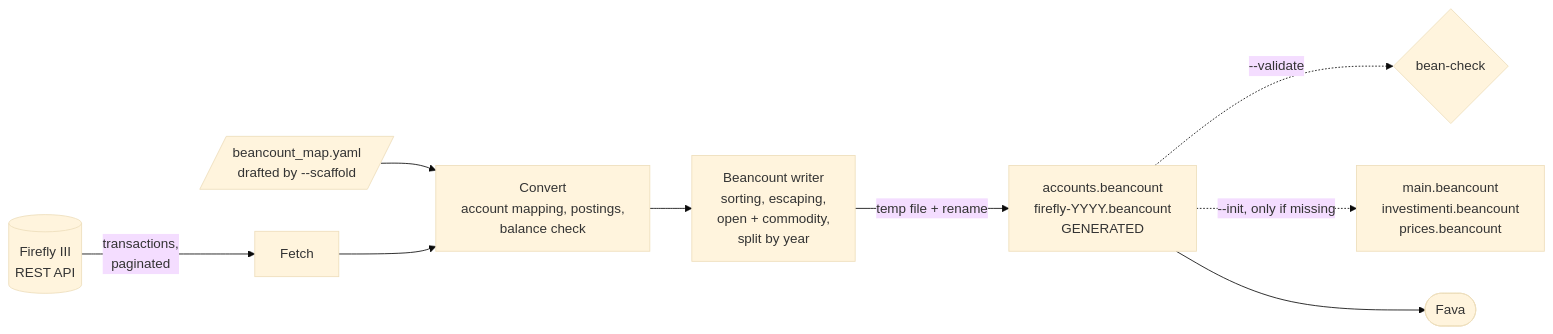
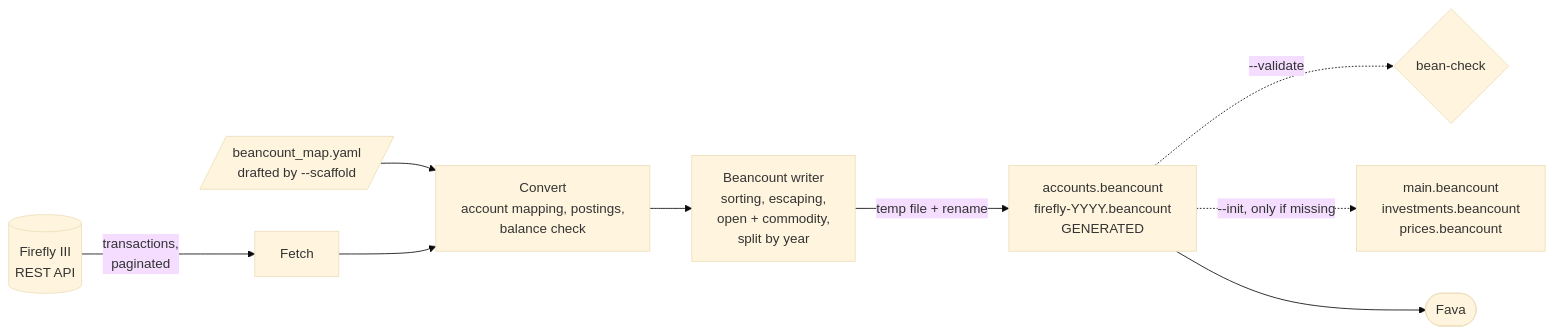
The first of 9 diagrams in docs/wiki/Beancount-Export.md (fran33git/firefly-reports), drawn with Mermaid (base theme) before and after one commit. The commit also changed other lines of this file and 4 other files, not shown here.

````diff
--- a/docs/wiki/Beancount-Export.md
+++ b/docs/wiki/Beancount-Export.md
@@ -51,11 +51,11 @@
 ```mermaid
 flowchart LR
     FF[("Firefly III<br/>REST API")] -->|"transactions,<br/>paginated"| FETCH["Fetch"]
     MAP[/"beancount_map.yaml<br/>drafted by --scaffold"/] --> CONV
     FETCH --> CONV["Convert<br/>account mapping, postings,<br/>balance check"]
     CONV --> WRITE["Beancount writer<br/>sorting, escaping,<br/>open + commodity,<br/>split by year"]
     WRITE -->|"temp file + rename"| OUT["accounts.beancount<br/>firefly-YYYY.beancount<br/>GENERATED"]
     OUT -.->|"--validate"| BC{"bean-check"}
-    OUT -.->|"--init, only if missing"| MAIN["main.beancount<br/>investimenti.beancount<br/>prices.beancount"]
+    OUT -.->|"--init, only if missing"| MAIN["main.beancount<br/>investments.beancount<br/>prices.beancount"]
     OUT --> FAVA(["Fava"])
 ```
````
